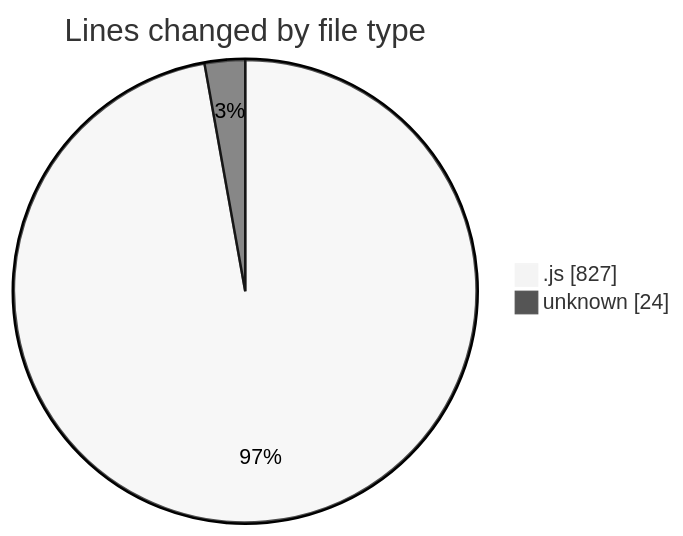
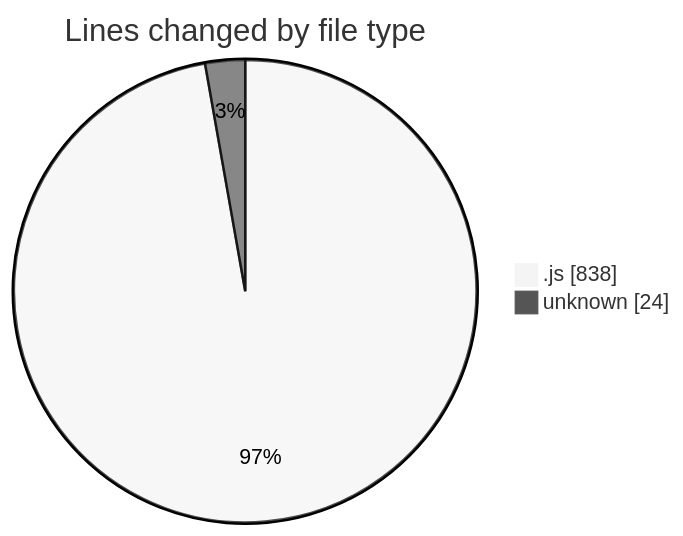
One commit to momahboobian/code-tracking changed the first of 2 diagrams in 2025-02-03/cda/README.md. Above: the diagram before and after it, drawn with Mermaid (neutral theme). The commit also changed other lines of this file and 1 other file, not shown here.

````diff
--- a/2025-02-03/cda/README.md
+++ b/2025-02-03/cda/README.md
@@ -24,6 +24,6 @@
 ```mermaid
 pie showData
 title Lines changed by file type
-".js" : 827
+".js" : 838
 "unknown" : 24
 ```
````
